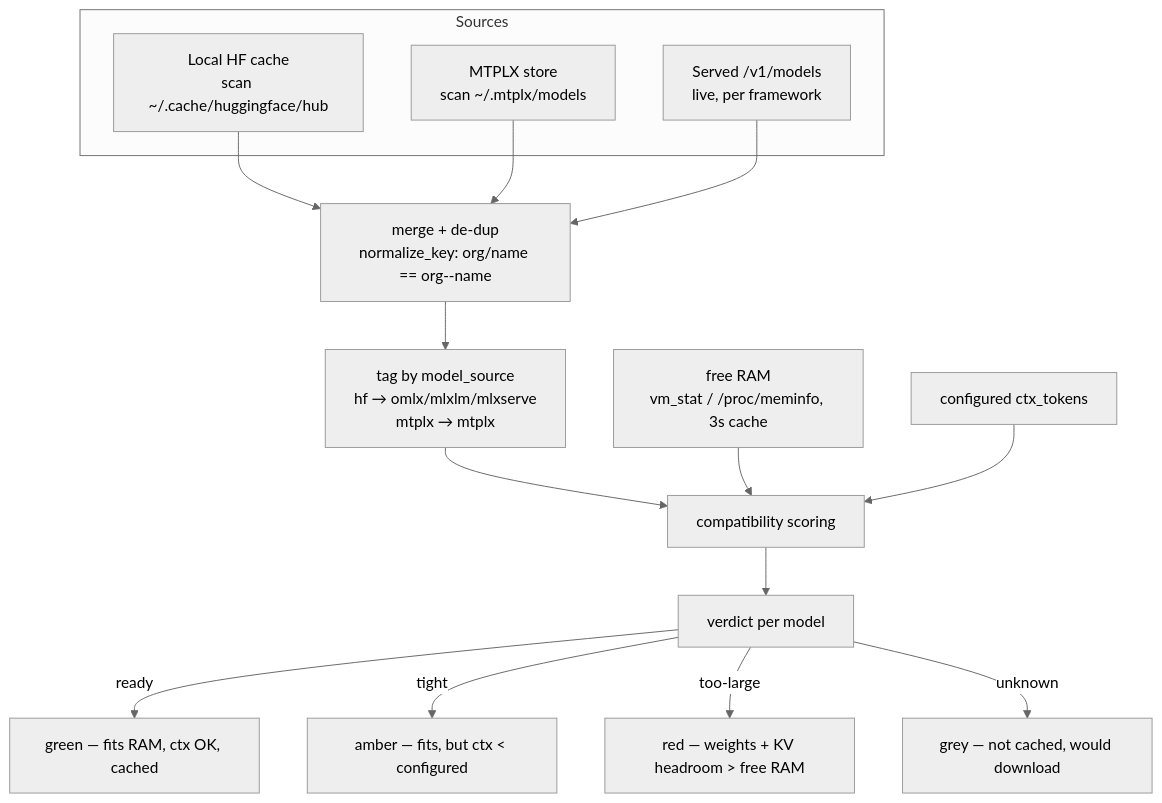
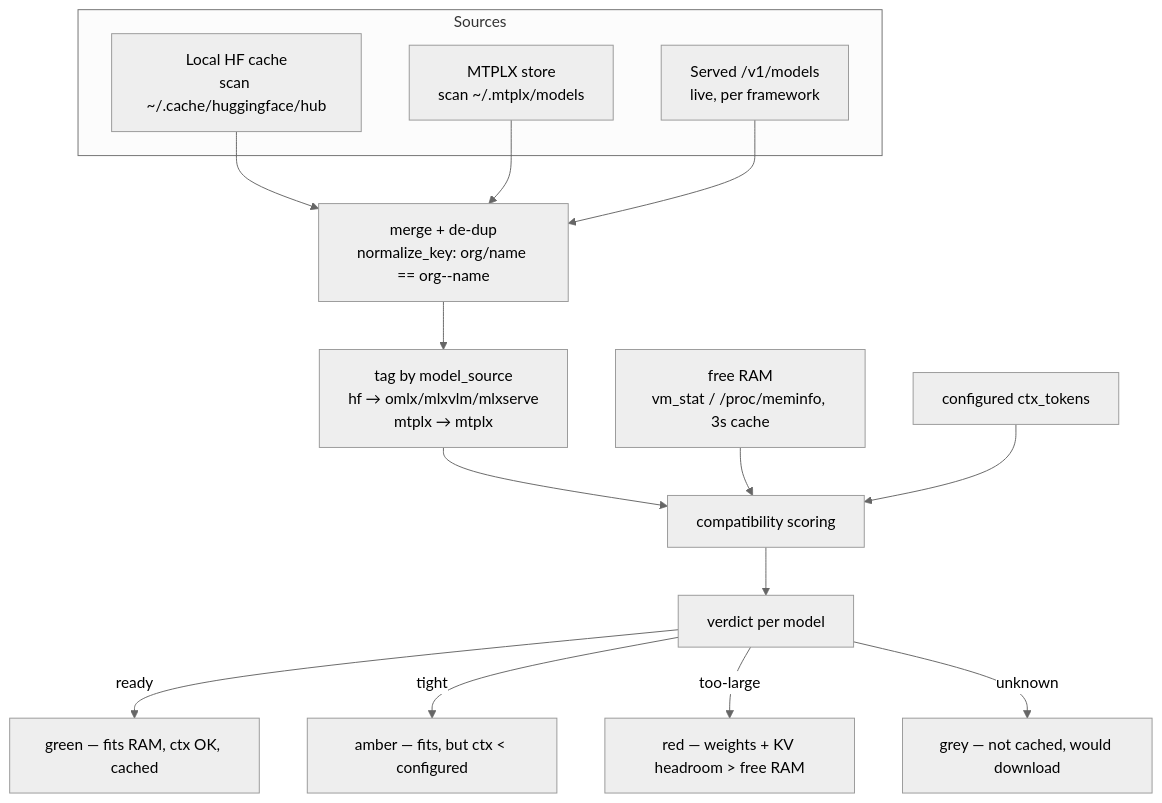
Before and after one commit to akshaya-git/benchtest: the fifth of 6 diagrams in ARCHITECTURE.md, drawn with Mermaid (neutral theme). The commit also changed 36 other files, not shown here.

First line of the commit message:
Post-campaign: freeze qwen38-27b results; mlxlm→mlxvlm rename; Goose tokens; conservative RAM fit

````diff
--- a/ARCHITECTURE.md
+++ b/ARCHITECTURE.md
@@ -170,20 +170,20 @@
 ```mermaid
 flowchart TB
     subgraph Sources
         L[Local HF cache<br/>scan ~/.cache/huggingface/hub]
         M[MTPLX store<br/>scan ~/.mtplx/models]
         S[Served /v1/models<br/>live, per framework]
     end
     L --> MG[merge + de-dup<br/>normalize_key: org/name == org--name]
     M --> MG
     S --> MG
-    MG --> TAG[tag by model_source<br/>hf → omlx/mlxlm/mlxserve<br/>mtplx → mtplx]
+    MG --> TAG[tag by model_source<br/>hf → omlx/mlxvlm/mlxserve<br/>mtplx → mtplx]
     TAG --> C[compatibility scoring]
     RAM[free RAM<br/>vm_stat / /proc/meminfo, 3s cache] --> C
     CTX[configured ctx_tokens] --> C
     C --> V[verdict per model]
     V -->|ready| G[green — fits RAM, ctx OK, cached]
     V -->|tight| A[amber — fits, but ctx < configured]
     V -->|too-large| R[red — weights + KV headroom > free RAM]
     V -->|unknown| U[grey — not cached, would download]
 ```
````
